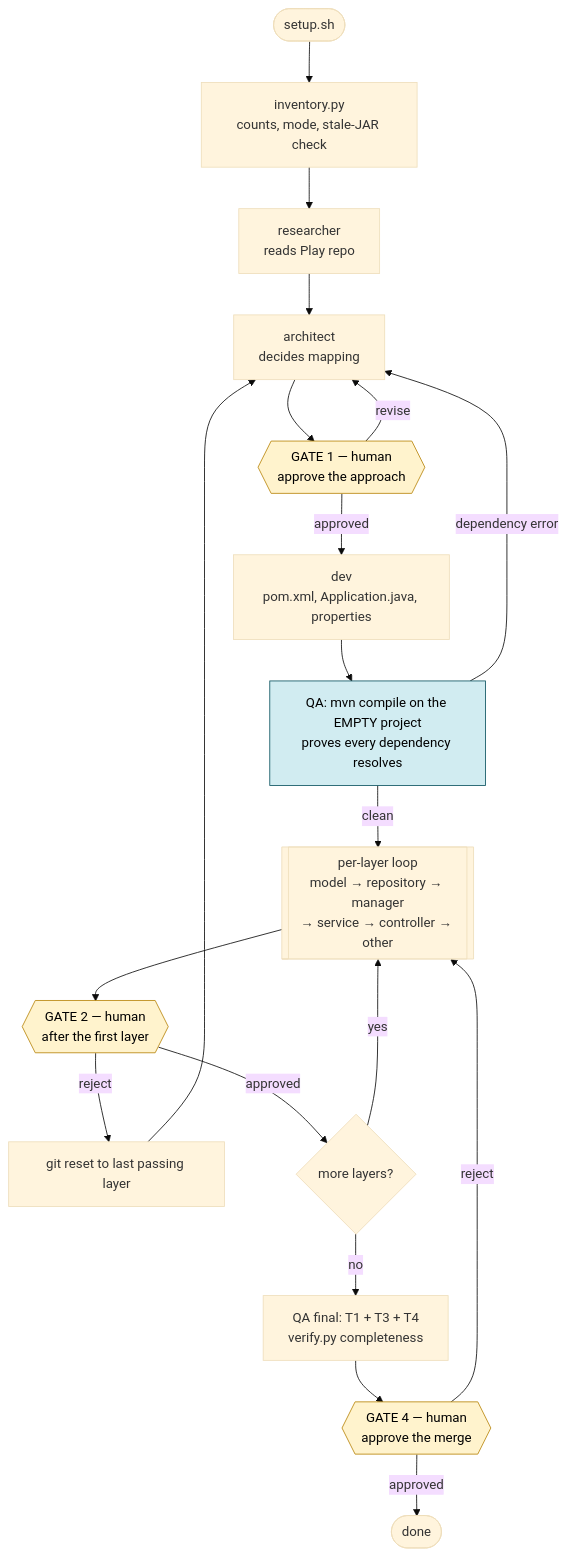
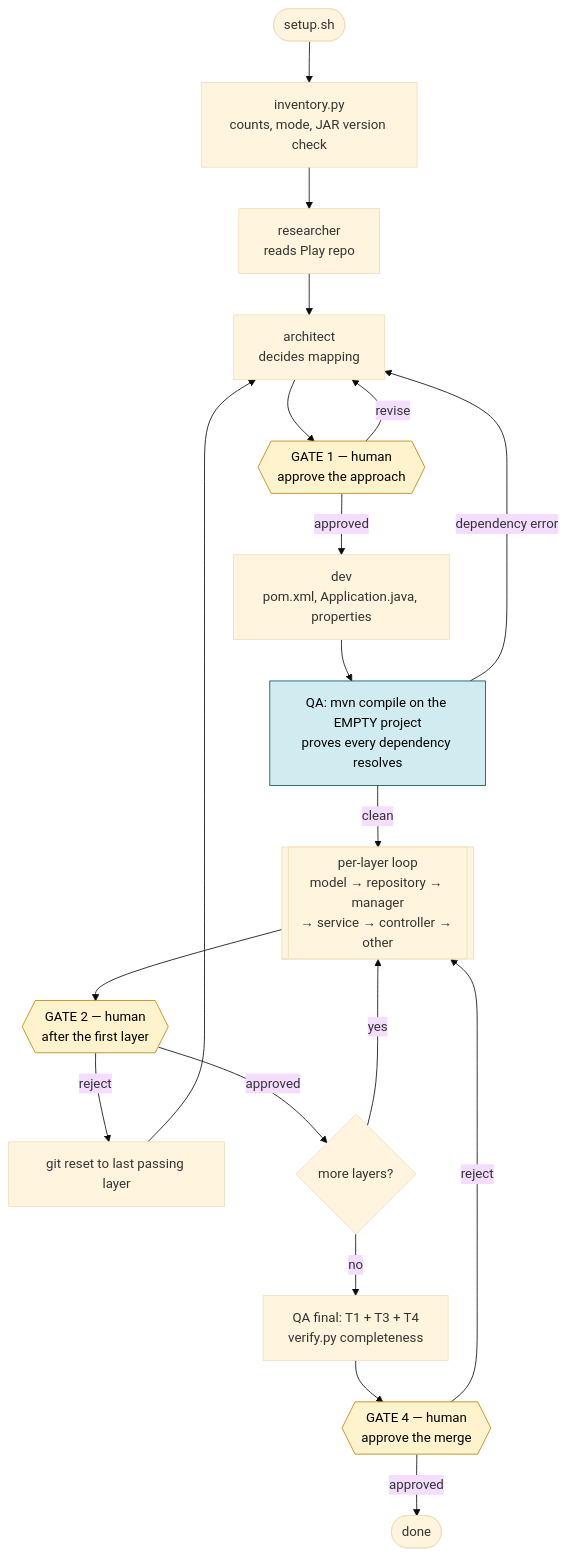
One commit to skarin7/play-to-springboot changed the first of 5 diagrams in docs/FLOW.md. Above: the diagram before and after it, drawn with Mermaid (base theme). The commit also changed other lines of this file and 13 other files, not shown here.

````diff
--- a/docs/FLOW.md
+++ b/docs/FLOW.md
@@ -13,31 +15,31 @@
 ```mermaid
 flowchart TD
-    START([setup.sh]) --> INV["inventory.py<br/>counts, mode, stale-JAR check"]
+    START([setup.sh]) --> INV["inventory.py<br/>counts, mode, JAR version check"]
     INV --> RES[researcher<br/>reads Play repo]
     RES --> ARCH[architect<br/>decides mapping]
     ARCH --> G1{{"GATE 1 — human<br/>approve the approach"}}
 
     G1 -->|revise| ARCH
     G1 -->|approved| INIT["dev<br/>pom.xml, Application.java, properties"]
 
     INIT --> EMPTY["QA: mvn compile on the EMPTY project<br/>proves every dependency resolves"]
     EMPTY -->|dependency error| ARCH
     EMPTY -->|clean| LOOP
 
     LOOP[["per-layer loop<br/>model → repository → manager<br/>→ service → controller → other"]]
     LOOP --> G2{{"GATE 2 — human<br/>after the first layer"}}
     G2 -->|reject| RESET["git reset to last passing layer"]
     RESET --> ARCH
     G2 -->|approved| MORE{more layers?}
     MORE -->|yes| LOOP
     MORE -->|no| FINAL["QA final: T1 + T3 + T4<br/>verify.py completeness"]
 
     FINAL --> G4{{"GATE 4 — human<br/>approve the merge"}}
     G4 -->|approved| DONE([done])
     G4 -->|reject| LOOP
 
     style G1 fill:#fff3cd,stroke:#b8860b,color:#000
     style G2 fill:#fff3cd,stroke:#b8860b,color:#000
     style G4 fill:#fff3cd,stroke:#b8860b,color:#000
     style EMPTY fill:#d1ecf1,stroke:#0c5460,color:#000
 ```
````
